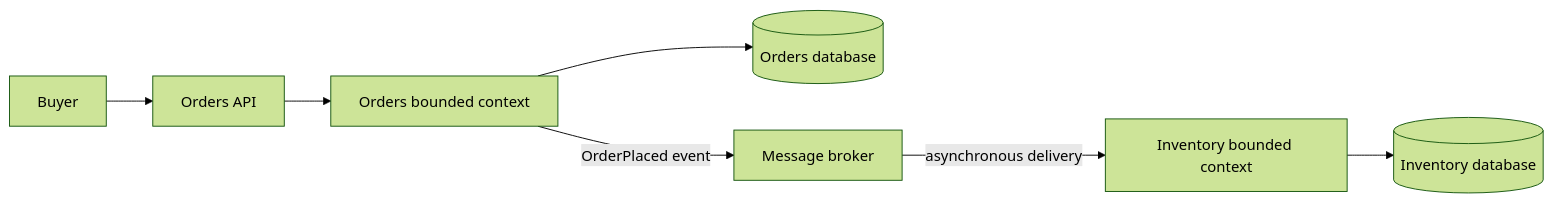
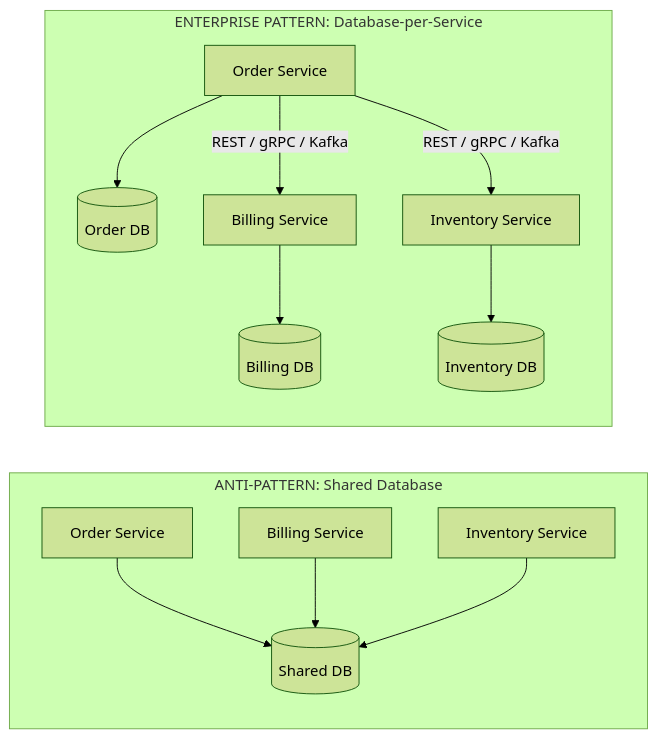
The third of 4 diagrams in content/roadmap/level-9/microservice-principles.md (ravishankar2463/java_hub), drawn with Mermaid (forest theme) before and after one commit. The commit also changed other lines of this file, not shown here.

Commit message:
docs(level-9): overhaul microservice principles with human voice, conways law, and database-per-service

````diff
--- a/content/roadmap/level-9/microservice-principles.md
+++ b/content/roadmap/level-9/microservice-principles.md
@@ -66,9 +134,16 @@
 ```mermaid
 flowchart LR
-    buyer["Buyer"] --> orderApi["Orders API"]
-    orderApi --> orders["Orders bounded context"]
-    orders --> orderDb[("Orders database")]
-    orders -->|OrderPlaced event| broker["Message broker"]
-    broker -->|asynchronous delivery| inventory["Inventory bounded context"]
-    inventory --> inventoryDb[("Inventory database")]
+    subgraph BadPattern ["ANTI-PATTERN: Shared Database"]
+        S1["Order Service"] --> SharedDB[("Shared DB")]
+        S2["Billing Service"] --> SharedDB
+        S3["Inventory Service"] --> SharedDB
+    end
+
+    subgraph GoodPattern ["ENTERPRISE PATTERN: Database-per-Service"]
+        OS["Order Service"] --> ODB[("Order DB")]
+        BS["Billing Service"] --> BDB[("Billing DB")]
+        IS["Inventory Service"] --> IDB[("Inventory DB")]
+        OS -->|REST / gRPC / Kafka| BS
+        OS -->|REST / gRPC / Kafka| IS
+    end
 ```
````
